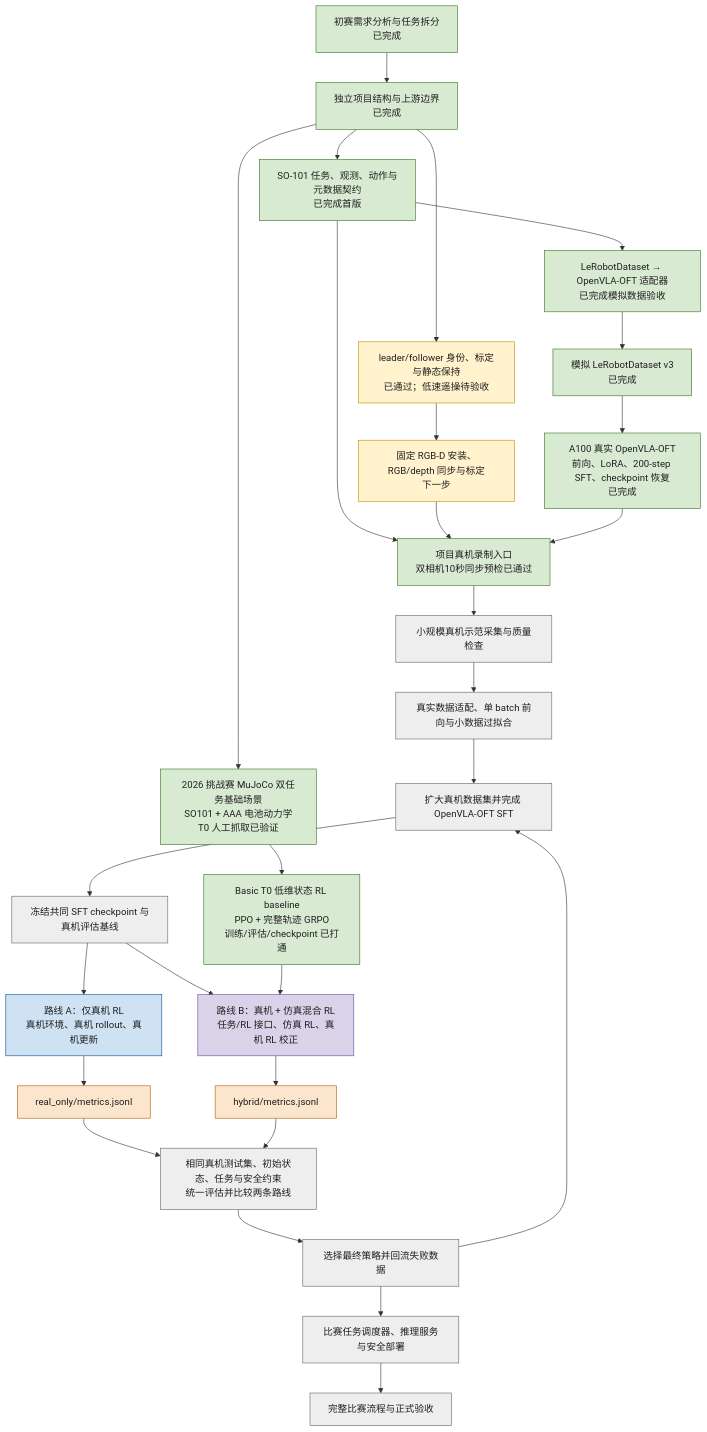
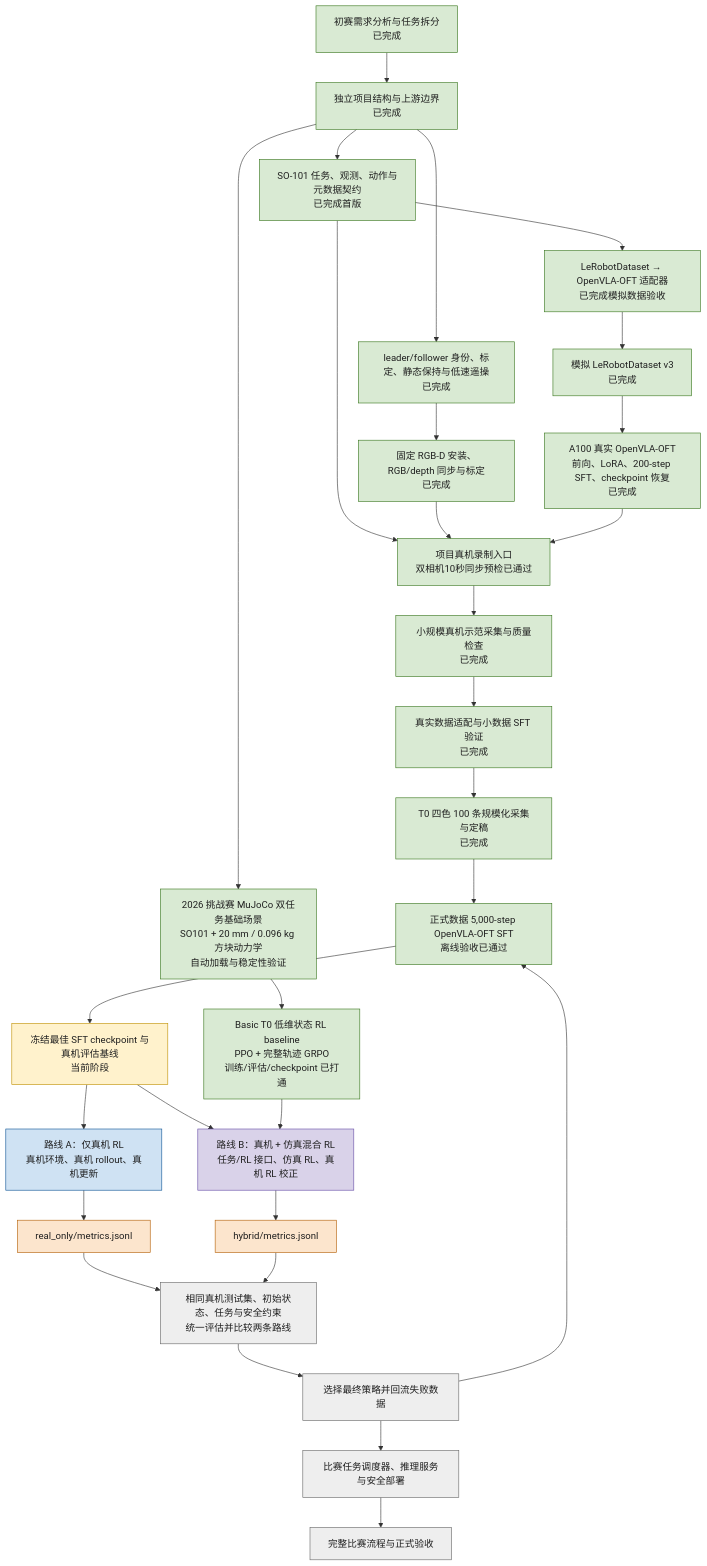
Before and after one commit to songdaicheng666-dot/real_so101_vla_rl: the first of 2 diagrams in README.md, drawn with Mermaid. The commit also changed other lines of this file and 193 other files, not shown here.

````diff
--- a/README.md
+++ b/README.md
@@ -7,40 +13,41 @@
 ```mermaid
 flowchart TD
     A["初赛需求分析与任务拆分<br/>已完成"]:::done --> B["独立项目结构与上游边界<br/>已完成"]:::done
     B --> C["SO-101 任务、观测、动作与元数据契约<br/>已完成首版"]:::done
     C --> D["LeRobotDataset → OpenVLA-OFT 适配器<br/>已完成模拟数据验收"]:::done
     D --> E["模拟 LeRobotDataset v3<br/>已完成"]:::done
     E --> F["A100 真实 OpenVLA-OFT<br/>前向、LoRA、200-step SFT、checkpoint 恢复<br/>已完成"]:::done
 
-    B --> S["2026 挑战赛 MuJoCo 双任务基础场景<br/>SO101 + AAA 电池动力学<br/>T0 人工抓取已验证"]:::done
+    B --> S["2026 挑战赛 MuJoCo 双任务基础场景<br/>SO101 + 20 mm / 0.096 kg 方块动力学<br/>自动加载与稳定性验证"]:::done
     S --> SRL["Basic T0 低维状态 RL baseline<br/>PPO + 完整轨迹 GRPO<br/>训练/评估/checkpoint 已打通"]:::done
 
-    B --> G["leader/follower 身份、标定与静态保持<br/>已通过；低速遥操待验收"]:::next
-    G --> H["固定 RGB-D 安装、RGB/depth 同步与标定<br/>下一步"]:::next
+    B --> G["leader/follower 身份、标定、静态保持与低速遥操<br/>已完成"]:::done
+    G --> H["固定 RGB-D 安装、RGB/depth 同步与标定<br/>已完成"]:::done
     C --> I["项目真机录制入口<br/>双相机10秒同步预检已通过"]:::done
     H --> I
     F --> I
-    I --> J["小规模真机示范采集与质量检查"]:::planned
-    J --> K["真实数据适配、单 batch 前向与小数据过拟合"]:::planned
-    K --> L["扩大真机数据集并完成 OpenVLA-OFT SFT"]:::planned
-    L --> M["冻结共同 SFT checkpoint 与真机评估基线"]:::planned
+    I --> J["小规模真机示范采集与质量检查<br/>已完成"]:::done
+    J --> K["真实数据适配与小数据 SFT 验证<br/>已完成"]:::done
+    K --> L["T0 四色 100 条规模化采集与定稿<br/>已完成"]:::done
+    L --> L2["正式数据 5,000-step OpenVLA-OFT SFT<br/>离线验收已通过"]:::done
+    L2 --> M["冻结最佳 SFT checkpoint 与真机评估基线<br/>当前阶段"]:::next
 
     M --> R1["路线 A：仅真机 RL<br/>真机环境、真机 rollout、真机更新"]:::routeA
     M --> R2["路线 B：真机 + 仿真混合 RL<br/>任务/RL 接口、仿真 RL、真机 RL 校正"]:::routeB
     SRL --> R2
     R1 --> MA["real_only/metrics.jsonl"]:::metric
     R2 --> MB["hybrid/metrics.jsonl"]:::metric
     MA --> N["相同真机测试集、初始状态、任务与安全约束<br/>统一评估并比较两条路线"]:::planned
     MB --> N
     N --> O["选择最终策略并回流失败数据"]:::planned
-    O --> L
+    O --> L2
     O --> P["比赛任务调度器、推理服务与安全部署"]:::planned
     P --> Q["完整比赛流程与正式验收"]:::planned
 
     classDef done fill:#d9ead3,stroke:#38761d,color:#1f1f1f;
     classDef next fill:#fff2cc,stroke:#bf9000,color:#1f1f1f;
     classDef planned fill:#eeeeee,stroke:#666666,color:#1f1f1f;
     classDef routeA fill:#cfe2f3,stroke:#0b5394,color:#1f1f1f;
     classDef routeB fill:#d9d2e9,stroke:#674ea7,color:#1f1f1f;
     classDef metric fill:#fce5cd,stroke:#b45f06,color:#1f1f1f;
 ```
````
